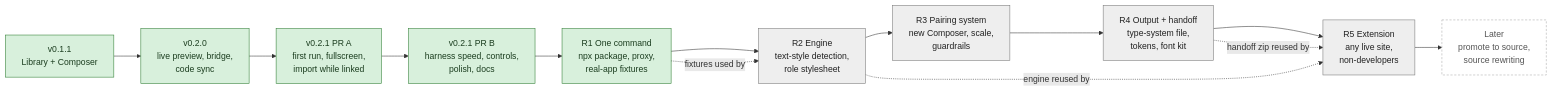
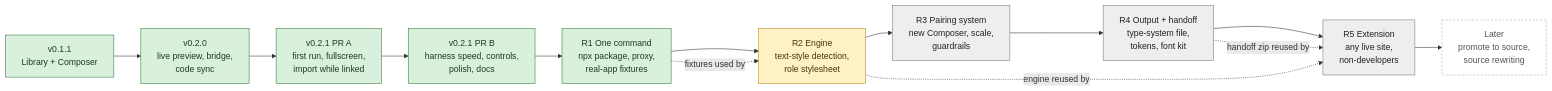
One commit to pterw/font-kit-studio changed the diagram in docs/plans/2026-10-03-roadmap.md. Above: the diagram before and after it, drawn with Mermaid. The commit also changed other lines of this file and 8 other files, not shown here.

````diff
--- a/docs/plans/2026-10-03-roadmap.md
+++ b/docs/plans/2026-10-03-roadmap.md
@@ -25,24 +25,24 @@
 ```mermaid
 flowchart LR
     classDef done fill:#d8f0dc,stroke:#2e7d32,color:#1b3d1f
     classDef active fill:#fff1c6,stroke:#b8860b,color:#4a3700
     classDef next fill:#dbe9ff,stroke:#2f5fb3,color:#14284d
     classDef planned fill:#eeeeee,stroke:#777,color:#222
     classDef later fill:#ffffff,stroke:#aaa,color:#555,stroke-dasharray:4 3
 
     V01["v0.1.1<br/>Library + Composer"]:::done
     V02["v0.2.0<br/>live preview, bridge,<br/>code sync"]:::done
     PRA["v0.2.1 PR A<br/>first run, fullscreen,<br/>import while linked"]:::done
     PRB["v0.2.1 PR B<br/>harness speed, controls,<br/>polish, docs"]:::done
     R1["R1 One command<br/>npx package, proxy,<br/>real-app fixtures"]:::done
-    R2["R2 Engine<br/>text-style detection,<br/>role stylesheet"]:::planned
+    R2["R2 Engine<br/>text-style detection,<br/>role stylesheet"]:::active
     R3["R3 Pairing system<br/>new Composer, scale,<br/>guardrails"]:::planned
     R4["R4 Output + handoff<br/>type-system file,<br/>tokens, font kit"]:::planned
     R5["R5 Extension<br/>any live site,<br/>non-developers"]:::planned
     L["Later<br/>promote to source,<br/>source rewriting"]:::later
 
     V01 --> V02 --> PRA --> PRB --> R1 --> R2 --> R3 --> R4 --> R5 --> L
     R1 -. fixtures used by .-> R2
     R2 -. engine reused by .-> R5
     R4 -. handoff zip reused by .-> R5
 ```
````
